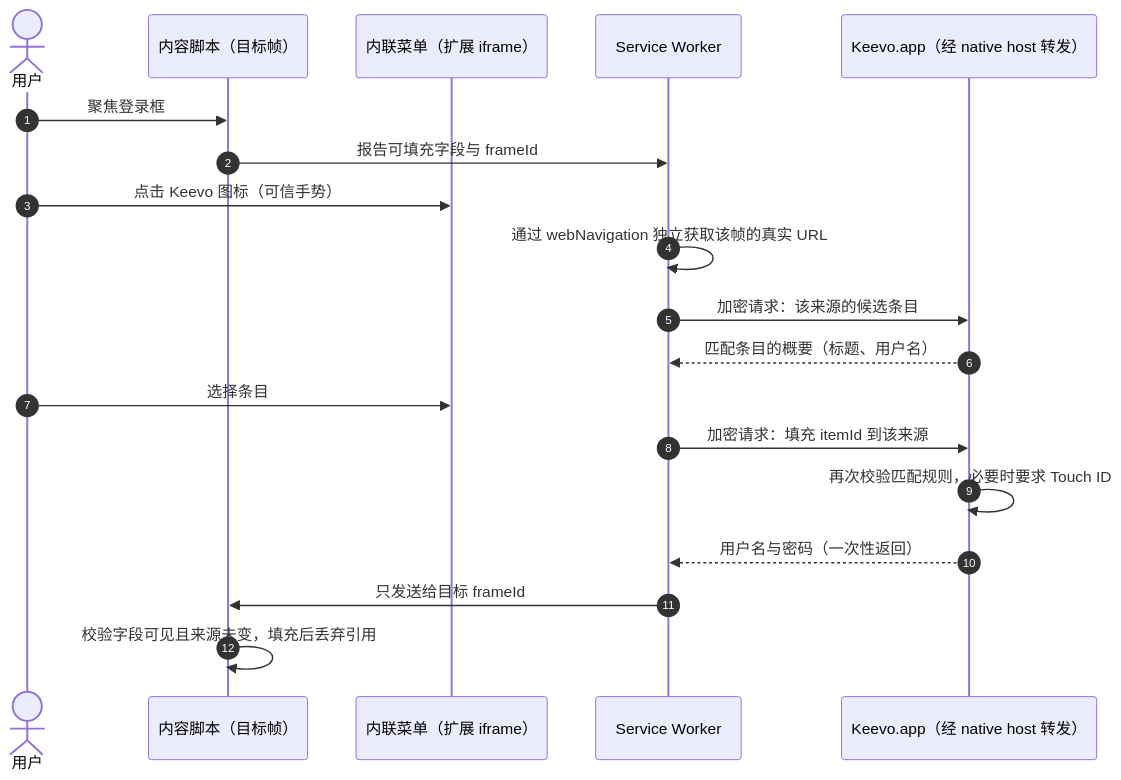
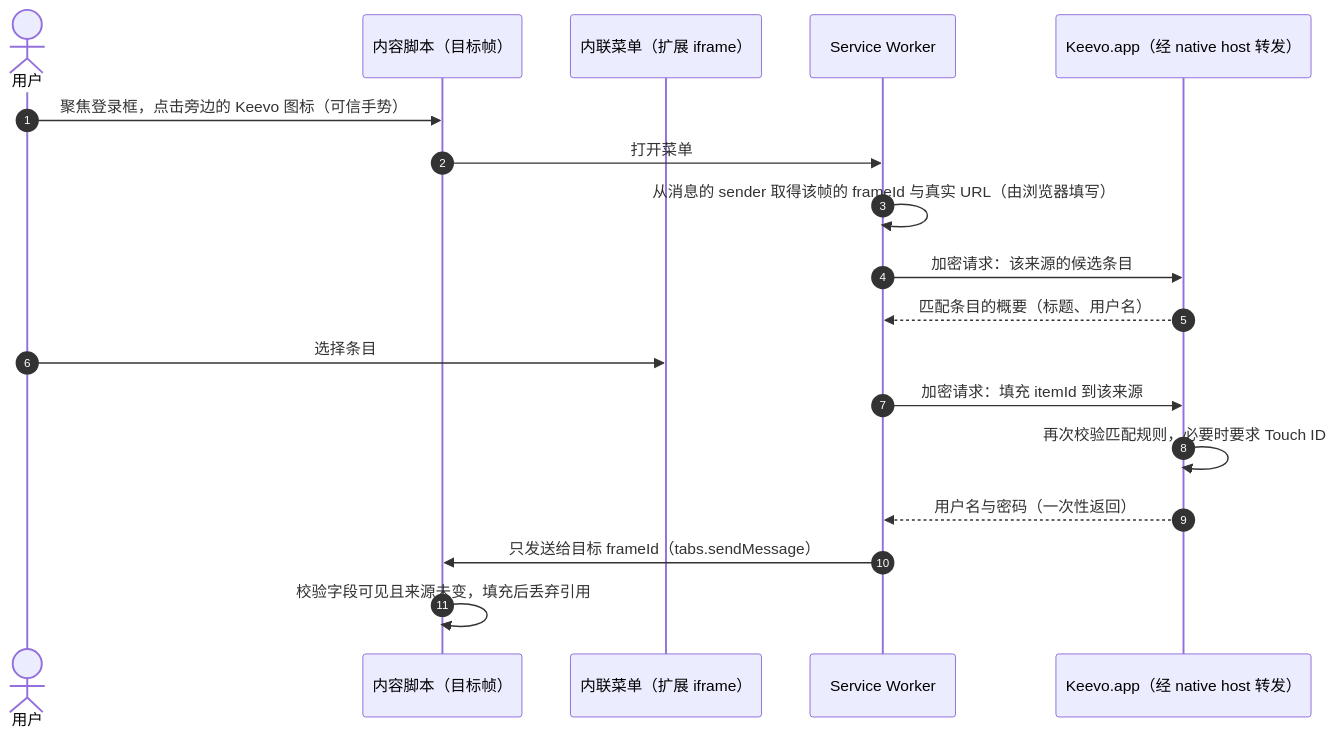
The second of 2 diagrams in docs/architecture.md (xiaoowen/keevo), drawn with Mermaid before and after one commit. The commit also changed other lines of this file and 17 other files, not shown here.

````diff
--- a/docs/architecture.md
+++ b/docs/architecture.md
@@ -159,21 +159,20 @@
 ```mermaid
 sequenceDiagram
   autonumber
   actor U as 用户
   participant CS as 内容脚本（目标帧）
   participant IM as 内联菜单（扩展 iframe）
   participant SW as Service Worker
   participant VS as Keevo.app（经 native host 转发）
-  U->>CS: 聚焦登录框
-  CS->>SW: 报告可填充字段与 frameId
-  U->>IM: 点击 Keevo 图标（可信手势）
-  SW->>SW: 通过 webNavigation 独立获取该帧的真实 URL
+  U->>CS: 聚焦登录框，点击旁边的 Keevo 图标（可信手势）
+  CS->>SW: 打开菜单
+  SW->>SW: 从消息的 sender 取得该帧的 frameId 与真实 URL（由浏览器填写）
   SW->>VS: 加密请求：该来源的候选条目
   VS-->>SW: 匹配条目的概要（标题、用户名）
   U->>IM: 选择条目
   SW->>VS: 加密请求：填充 itemId 到该来源
   VS->>VS: 再次校验匹配规则，必要时要求 Touch ID
   VS-->>SW: 用户名与密码（一次性返回）
-  SW->>CS: 只发送给目标 frameId
+  SW->>CS: 只发送给目标 frameId（tabs.sendMessage）
   CS->>CS: 校验字段可见且来源未变，填充后丢弃引用
 ```
````
